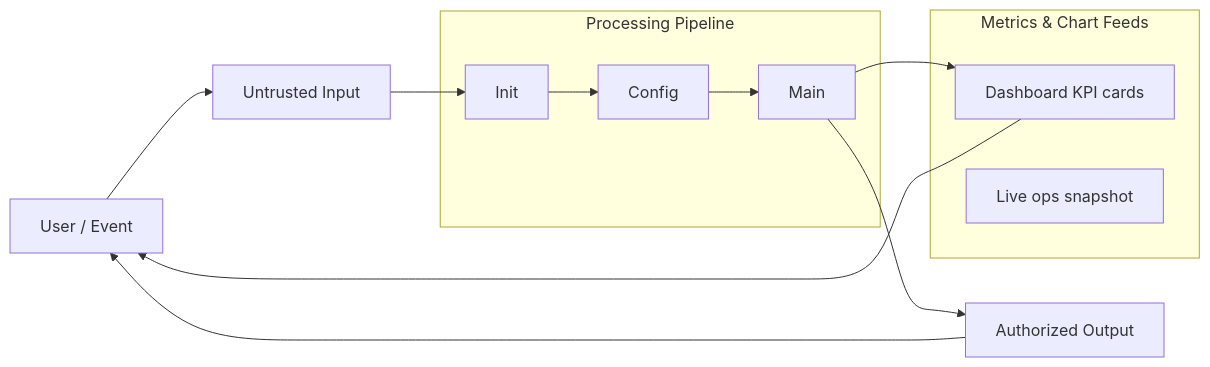
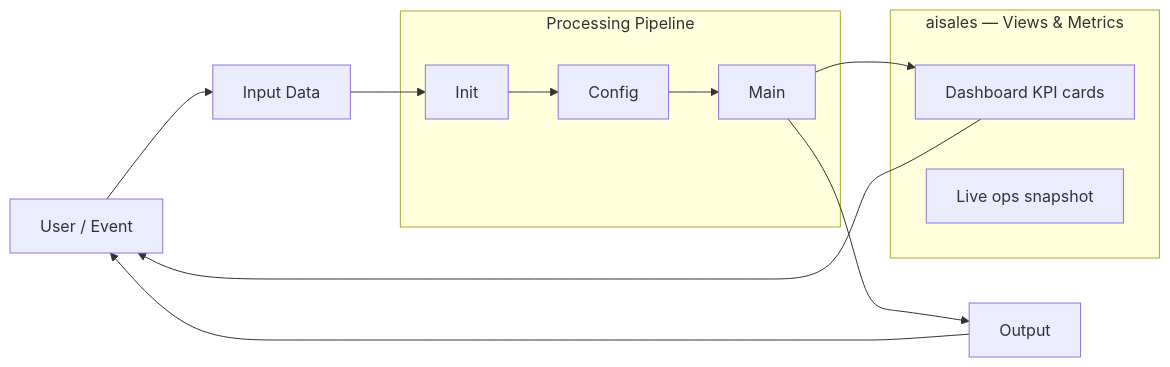
Before and after one commit to Punyamittal/aisales: the second of 4 diagrams in README.md, drawn with Mermaid. The commit also changed other lines of this file, not shown here.

````diff
--- a/README.md
+++ b/README.md
@@ -285,23 +178,23 @@
 ```mermaid
 flowchart LR
-    U["User / Event"] --> IN["Untrusted Input"]
+    U["User / Event"] --> IN["Input Data"]
 
     subgraph Pipeline["Processing Pipeline"]
         p0["  Init  "]
         p1["Config"]
         p2["Main"]
         p0 --> p1
         p1 --> p2
     end
 
-    subgraph Metrics["Metrics & Chart Feeds"]
+    subgraph Metrics["aisales — Views & Metrics"]
         dashboard_kpis["Dashboard KPI cards"]
         ops_snapshot["Live ops snapshot"]
     end
 
     IN --> p0
-    p2 --> OUT["Authorized Output"]
+    p2 --> OUT["Output"]
     OUT --> U
     p2 --> dashboard_kpis
     dashboard_kpis --> U
 ```
````
